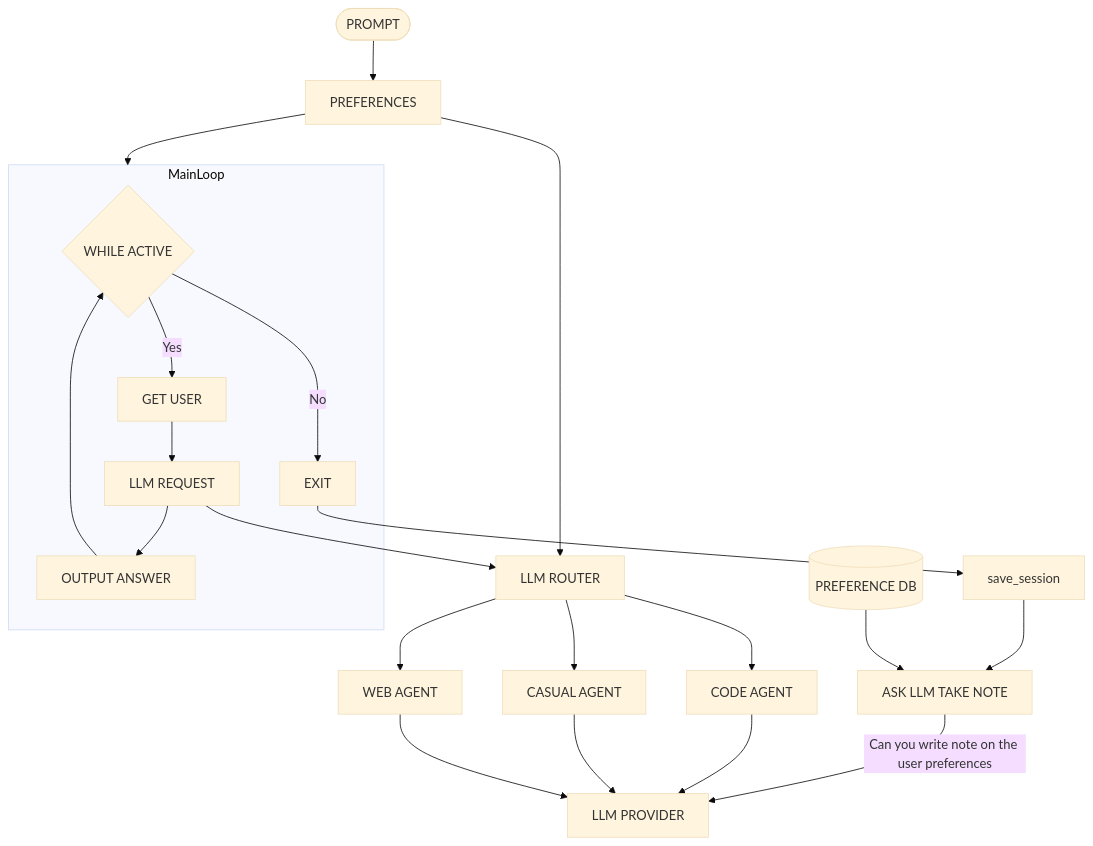
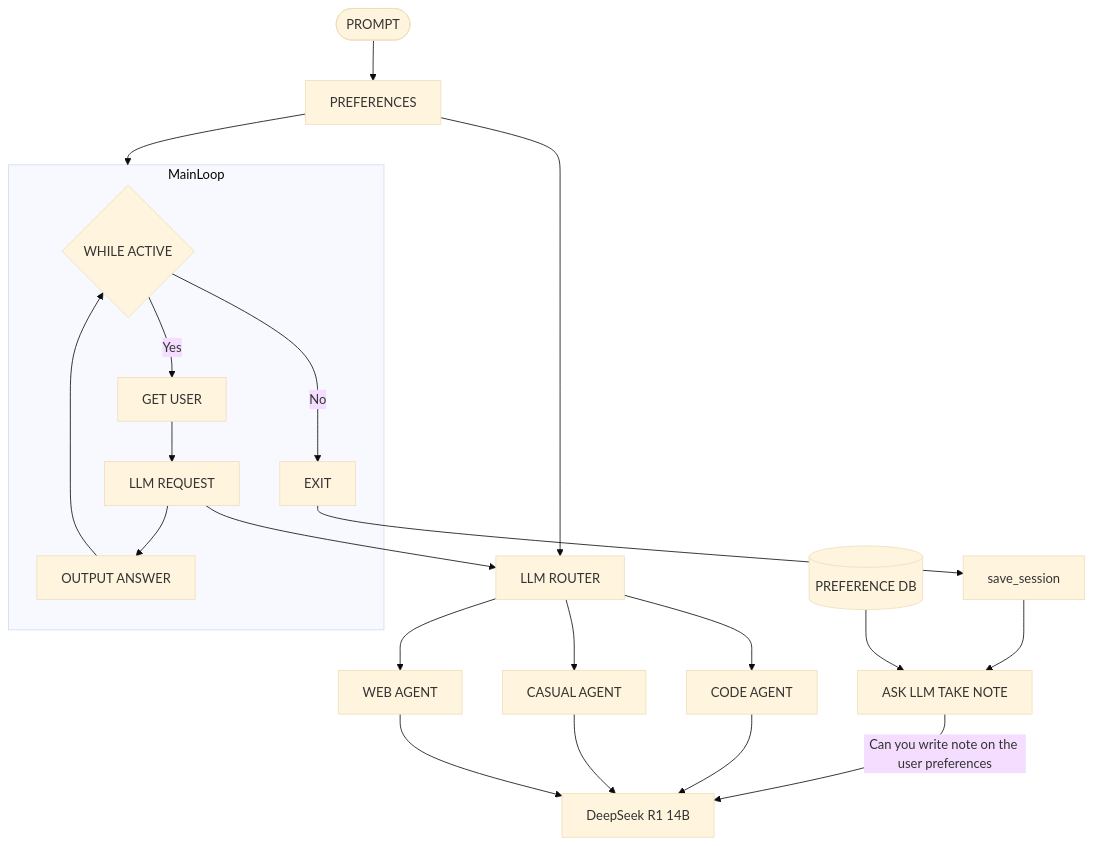
One commit to Adarsh-61/JarvisPlus changed the second of 5 diagrams in README.md. Above: the diagram before and after it, drawn with Mermaid (base theme). The commit also changed other lines of this file, not shown here.

````diff
--- a/README.md
+++ b/README.md
@@ -490,30 +490,29 @@
 ```mermaid
 flowchart TD
     PROMPT([PROMPT]) --> PREFERENCES[PREFERENCES]
     
     subgraph MainLoop
         WHILE{WHILE ACTIVE} --> |Yes| GET_USER[GET USER]
         GET_USER --> LLM_REQUEST[LLM REQUEST]
         LLM_REQUEST --> OUTPUT_ANSWER[OUTPUT ANSWER]
         OUTPUT_ANSWER --> WHILE
         WHILE --> |No| EXIT[EXIT]
     end
     
     PREFERENCES --> MainLoop
     EXIT --> SAVE_SESSION[save_session]
     SAVE_SESSION --> ASK_LLM[ASK LLM TAKE NOTE]
     
-    PREFERENCE_DB[(PREFERENCE DB)] --> ASK_LLM
-    ASK_LLM --> |Can you write note on the user preferences| LLM_PROVIDER
+    PREFERENCE_DB[(PREFERENCE DB)] -->     ASK_LLM --> |Can you write note on the user preferences| LLM_PROVIDER[DeepSeek R1 14B]
     
     LLM_REQUEST --> LLM_ROUTER[LLM ROUTER]
     LLM_ROUTER --> CODE_AGENT[CODE AGENT]
     LLM_ROUTER --> CASUAL_AGENT[CASUAL AGENT]
     LLM_ROUTER --> WEB_AGENT[WEB AGENT]
     
-    CODE_AGENT --> LLM_PROVIDER[LLM PROVIDER]
-    CASUAL_AGENT --> LLM_PROVIDER
-    WEB_AGENT --> LLM_PROVIDER
+    CODE_AGENT --> LLM_PROVIDER[DeepSeek R1 14B]
+    CASUAL_AGENT --> LLM_PROVIDER[DeepSeek R1 14B]
+    WEB_AGENT --> LLM_PROVIDER[DeepSeek R1 14B]
     
     PREFERENCES --> LLM_ROUTER
 ```
````
